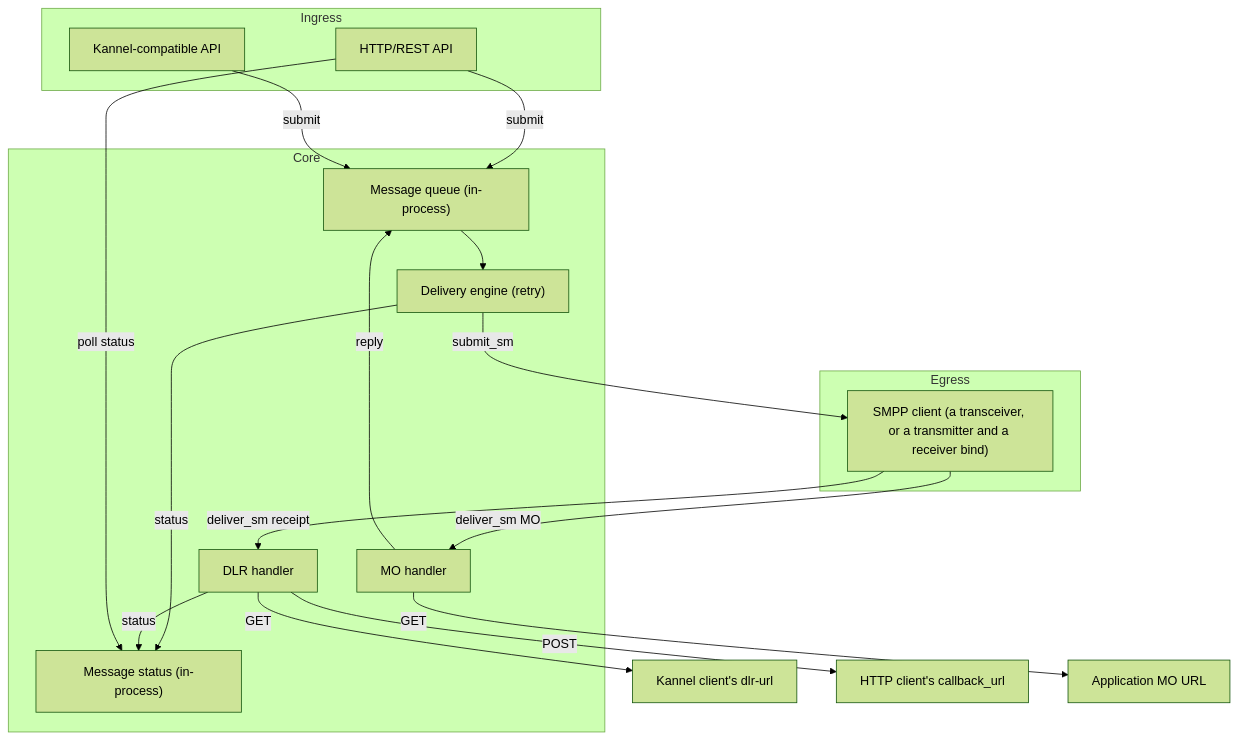
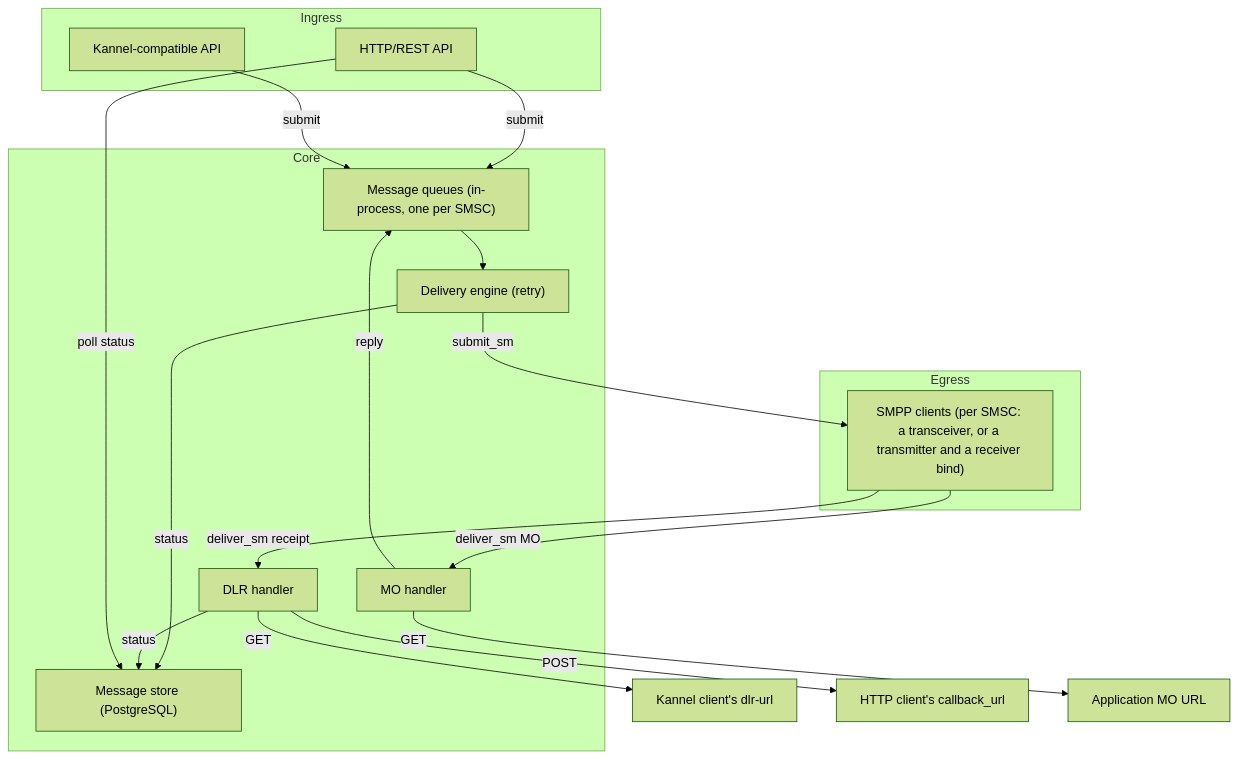
The diagram in docs/user-manual/introduction.adoc (codcod/porth), drawn with Mermaid (forest theme) before and after one commit. The commit also changed other lines of this file and 5 other files, not shown here.

```diff
--- a/docs/user-manual/introduction.adoc
+++ b/docs/user-manual/introduction.adoc
@@ -37,34 +39,34 @@
 [mermaid]
 ....
 flowchart TB
     subgraph Ingress
         HTTP_API["HTTP/REST API"]
         Kannel_API["Kannel-compatible API"]
     end
     subgraph Core
-        Queue["Message queue (in-process)"]
+        Queue["Message queues (in-process, one per SMSC)"]
         Delivery["Delivery engine (retry)"]
-        Store["Message status (in-process)"]
+        Store["Message store (PostgreSQL)"]
         DLR["DLR handler"]
         MO["MO handler"]
     end
     subgraph Egress
-        SMPP_Client["SMPP client (a transceiver, or a transmitter and a receiver bind)"]
+        SMPP_Client["SMPP clients (per SMSC: a transceiver, or a transmitter and a receiver bind)"]
     end
     KannelTarget["Kannel client's dlr-url"]
     RestTarget["HTTP client's callback_url"]
     Application["Application MO URL"]
     HTTP_API -->|submit| Queue
     Kannel_API -->|submit| Queue
     Queue --> Delivery
     Delivery -->|submit_sm| SMPP_Client
     Delivery -->|status| Store
     SMPP_Client -->|deliver_sm receipt| DLR
     DLR -->|status| Store
     DLR -->|GET| KannelTarget
     DLR -->|POST| RestTarget
     SMPP_Client -->|deliver_sm MO| MO
     MO -->|GET| Application
     MO -->|reply| Queue
     HTTP_API -->|poll status| Store
 ....
```
